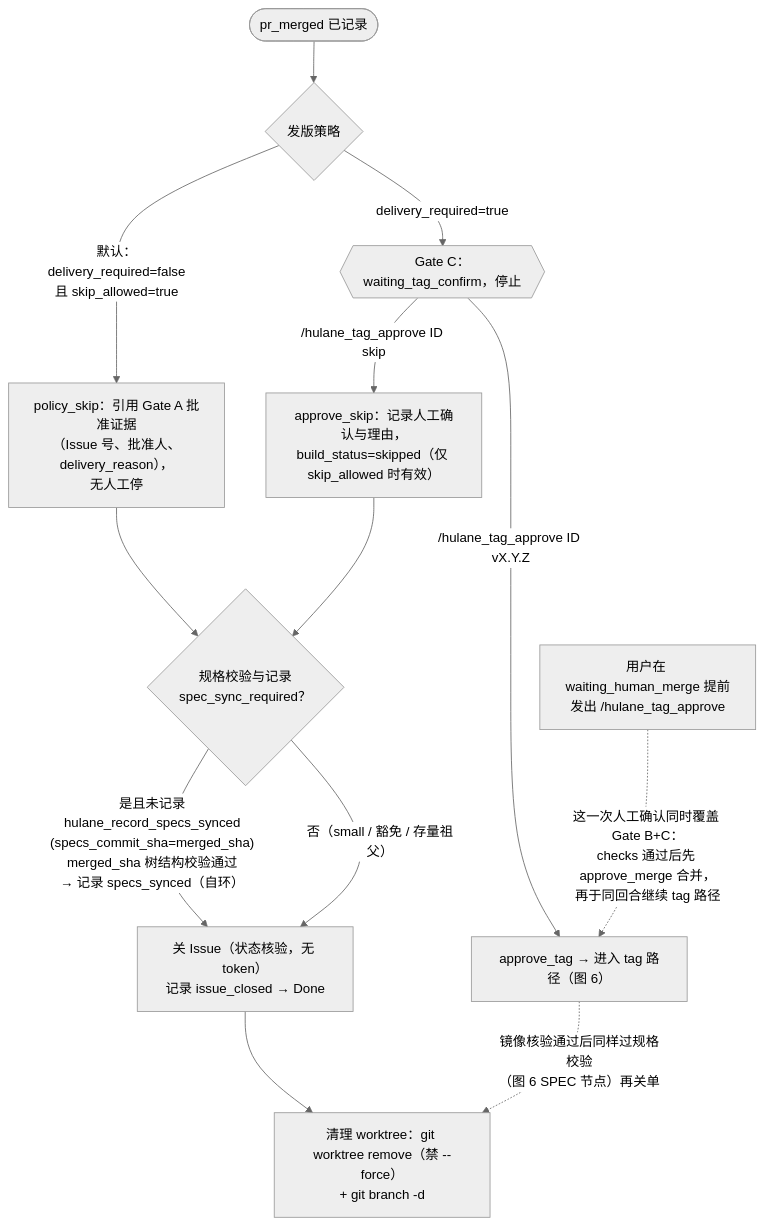
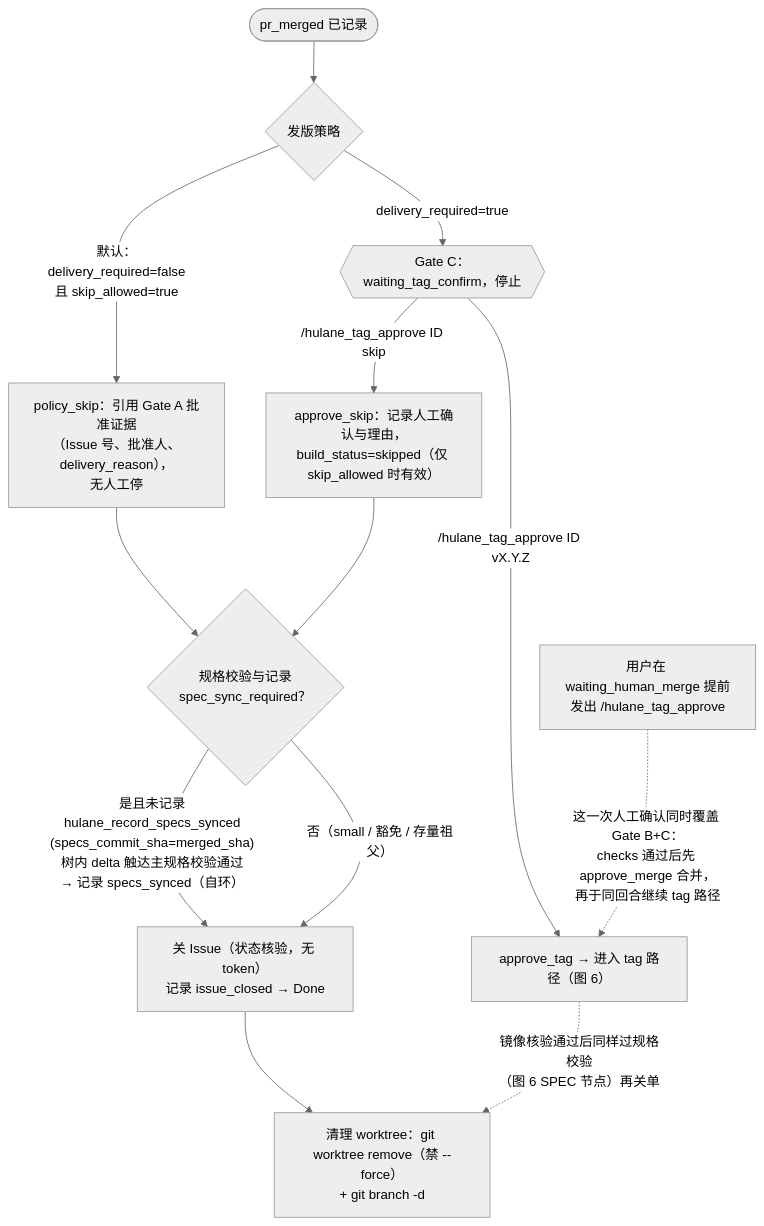
The fifth of 10 diagrams in FLOWCHARTS.md (hutong236/hutong-zcode-marketplace), drawn with Mermaid (neutral theme) before and after one commit. The commit also changed other lines of this file and 6 other files, not shown here.

````diff
--- a/FLOWCHARTS.md
+++ b/FLOWCHARTS.md
@@ -134,15 +134,15 @@
 ```mermaid
 flowchart TD
   MR(["pr_merged 已记录"]) --> POL{"发版策略"}
   POL -->|"默认：delivery_required=false<br>且 skip_allowed=true"| PS["policy_skip：引用 Gate A 批准证据<br>（Issue 号、批准人、delivery_reason），<br>无人工停"]
   PS --> SPEC{"规格校验与记录<br>spec_sync_required？"}
-  SPEC -->|"是且未记录<br>hulane_record_specs_synced<br>(specs_commit_sha=merged_sha)<br>merged_sha 树结构校验通过<br>→ 记录 specs_synced（自环）"| C1["关 Issue（状态核验，无 token）<br>记录 issue_closed → Done"]
+  SPEC -->|"是且未记录<br>hulane_record_specs_synced<br>(specs_commit_sha=merged_sha)<br>树内 delta 触达主规格校验通过<br>→ 记录 specs_synced（自环）"| C1["关 Issue（状态核验，无 token）<br>记录 issue_closed → Done"]
   SPEC -->|"否（small / 豁免 / 存量祖父）"| C1
   POL -->|"delivery_required=true"| GAC{{"Gate C：waiting_tag_confirm，停止"}}
   GAC -->|"/hulane_tag_approve ID vX.Y.Z"| TAGP["approve_tag → 进入 tag 路径（图 6）"]
   GAC -->|"/hulane_tag_approve ID skip"| SK["approve_skip：记录人工确认与理由，<br>build_status=skipped（仅 skip_allowed 时有效）"]
   SK --> SPEC
   EARLY["用户在 waiting_human_merge 提前<br>发出 /hulane_tag_approve"] -.->|"这一次人工确认同时覆盖 Gate B+C：<br>checks 通过后先 approve_merge 合并，<br>再于同回合继续 tag 路径"| TAGP
   C1 --> HK["清理 worktree：git worktree remove（禁 --force）<br>+ git branch -d"]
   TAGP -.->|"镜像核验通过后同样过规格校验<br>（图 6 SPEC 节点）再关单"| HK
 ```
````
